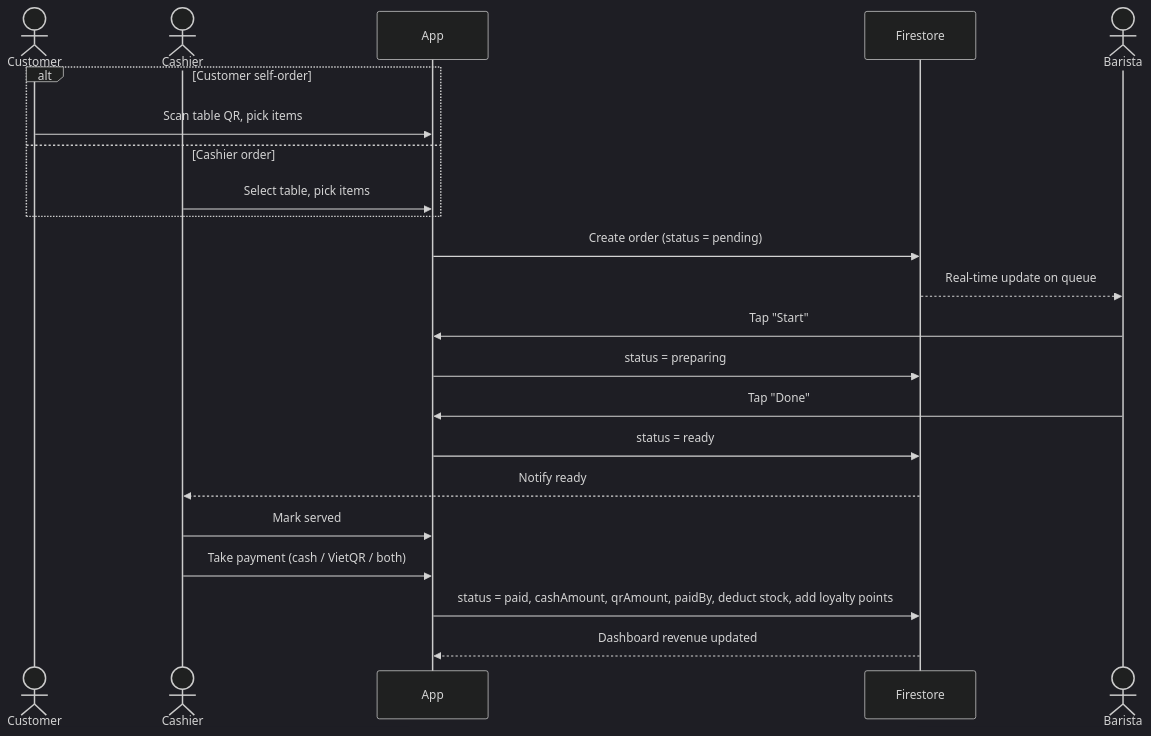
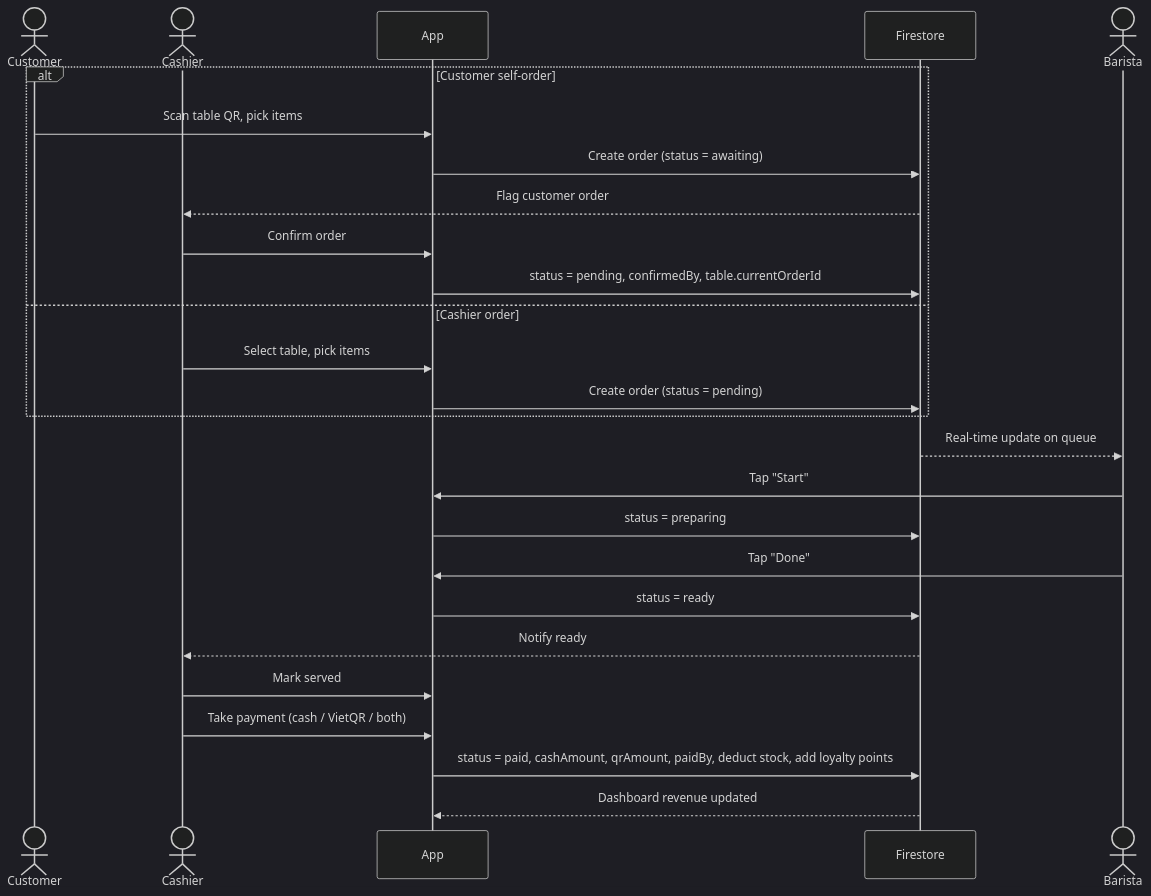
Before and after one commit to huytran303/CafeManagementSystem: the first of 4 diagrams in docs/product-brief.md, drawn with Mermaid (dark theme). The commit also changed other lines of this file and 7 other files, not shown here.

````diff
--- a/docs/product-brief.md
+++ b/docs/product-brief.md
@@ -120,25 +120,29 @@
 ```mermaid
 sequenceDiagram
     actor C as Customer
     actor CS as Cashier
     participant APP as App
     participant DB as Firestore
     actor B as Barista
 
     alt Customer self-order
         C->>APP: Scan table QR, pick items
+        APP->>DB: Create order (status = awaiting)
+        DB-->>CS: Flag customer order
+        CS->>APP: Confirm order
+        APP->>DB: status = pending, confirmedBy, table.currentOrderId
     else Cashier order
         CS->>APP: Select table, pick items
+        APP->>DB: Create order (status = pending)
     end
-    APP->>DB: Create order (status = pending)
     DB-->>B: Real-time update on queue
     B->>APP: Tap "Start"
     APP->>DB: status = preparing
     B->>APP: Tap "Done"
     APP->>DB: status = ready
     DB-->>CS: Notify ready
     CS->>APP: Mark served
     CS->>APP: Take payment (cash / VietQR / both)
     APP->>DB: status = paid, cashAmount, qrAmount, paidBy, deduct stock, add loyalty points
     DB-->>APP: Dashboard revenue updated
 ```
````
